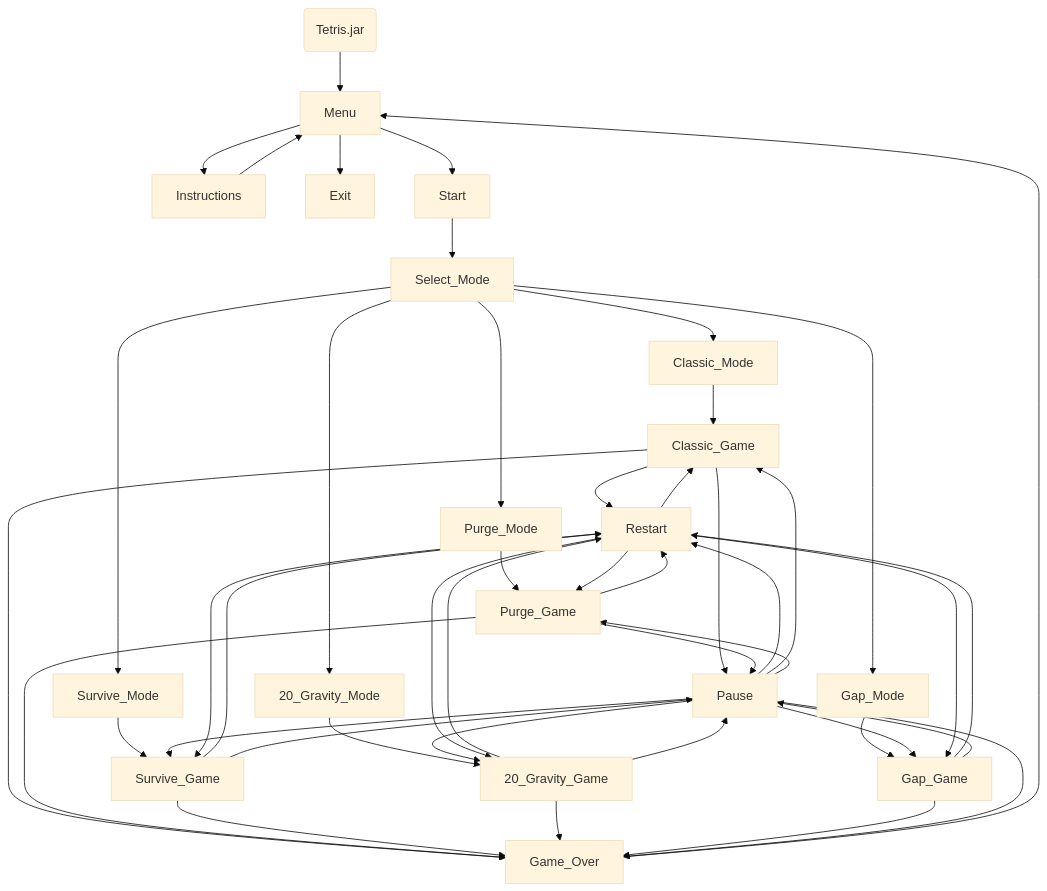
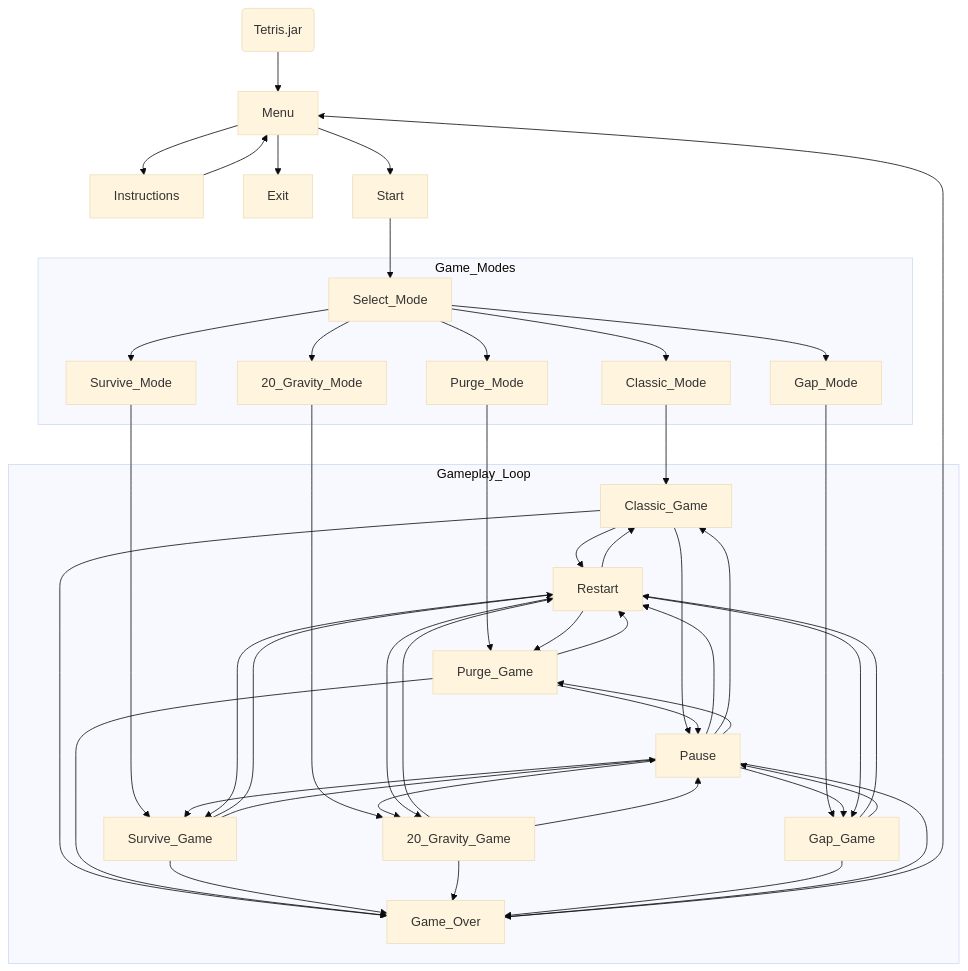
One commit to sheng-luen-chung/JAVA_11302_Project changed the second of 3 diagrams in README.md. Above: the diagram before and after it, drawn with Mermaid (base theme).

````diff
--- a/README.md
+++ b/README.md
@@ -534,55 +534,61 @@
 ```mermaid
-    flowchart TD
+ flowchart TD
     Execute(Tetris.jar)
     Execute --> Menu
     Menu --> Instructions
     Menu --> Exit
     Instructions --> Menu
     Menu --> Start
 
     Start --> Select_Mode
 
-    Select_Mode --> Classic_Mode
-    Select_Mode --> Purge_Mode
-    Select_Mode --> Survive_Mode
-    Select_Mode --> 20_Gravity_Mode
-    Select_Mode --> Gap_Mode
+    subgraph Game_Modes
+        Select_Mode --> Classic_Mode
+        Select_Mode --> Purge_Mode
+        Select_Mode --> Survive_Mode
+        Select_Mode --> 20_Gravity_Mode
+        Select_Mode --> Gap_Mode
+    end
 
-    Classic_Mode --> Classic_Game
-    Purge_Mode --> Purge_Game
-    Survive_Mode --> Survive_Game
-    20_Gravity_Mode --> 20_Gravity_Game
-    Gap_Mode --> Gap_Game
+    subgraph Gameplay_Loop
+        Classic_Mode --> Classic_Game
+        Purge_Mode --> Purge_Game
+        Survive_Mode --> Survive_Game
+        20_Gravity_Mode --> 20_Gravity_Game
+        Gap_Mode --> Gap_Game
 
-    Classic_Game --> Game_Over
-    Purge_Game --> Game_Over
-    Survive_Game --> Game_Over
-    20_Gravity_Game --> Game_Over
-    Gap_Game --> Game_Over
-    Classic_Game --> Restart
-    Purge_Game --> Restart
-    Survive_Game --> Restart
-    20_Gravity_Game --> Restart
-    Gap_Game --> Restart
-    Classic_Game --> Pause
-    Purge_Game --> Pause
-    Survive_Game --> Pause
-    20_Gravity_Game --> Pause
-    Gap_Game --> Pause
+        Classic_Game --> Game_Over
+        Purge_Game --> Game_Over
+        Survive_Game --> Game_Over
+        20_Gravity_Game --> Game_Over
+        Gap_Game --> Game_Over
+
+        Classic_Game --> Restart
+        Purge_Game --> Restart
+        Survive_Game --> Restart
+        20_Gravity_Game --> Restart
+        Gap_Game --> Restart
+
+        Classic_Game --> Pause
+        Purge_Game --> Pause
+        Survive_Game --> Pause
+        20_Gravity_Game --> Pause
+        Gap_Game --> Pause
+    end
 
     Pause --> Game_Over
     Pause --> Restart
     Pause --> Classic_Game 
     Pause --> Purge_Game
     Pause --> Survive_Game
     Pause --> 20_Gravity_Game
     Pause --> Gap_Game 
 
     Game_Over --> Menu
 
     Restart --> Classic_Game 
     Restart --> Purge_Game
     Restart --> Survive_Game
     Restart --> 20_Gravity_Game
     Restart --> Gap_Game
 ```
````
